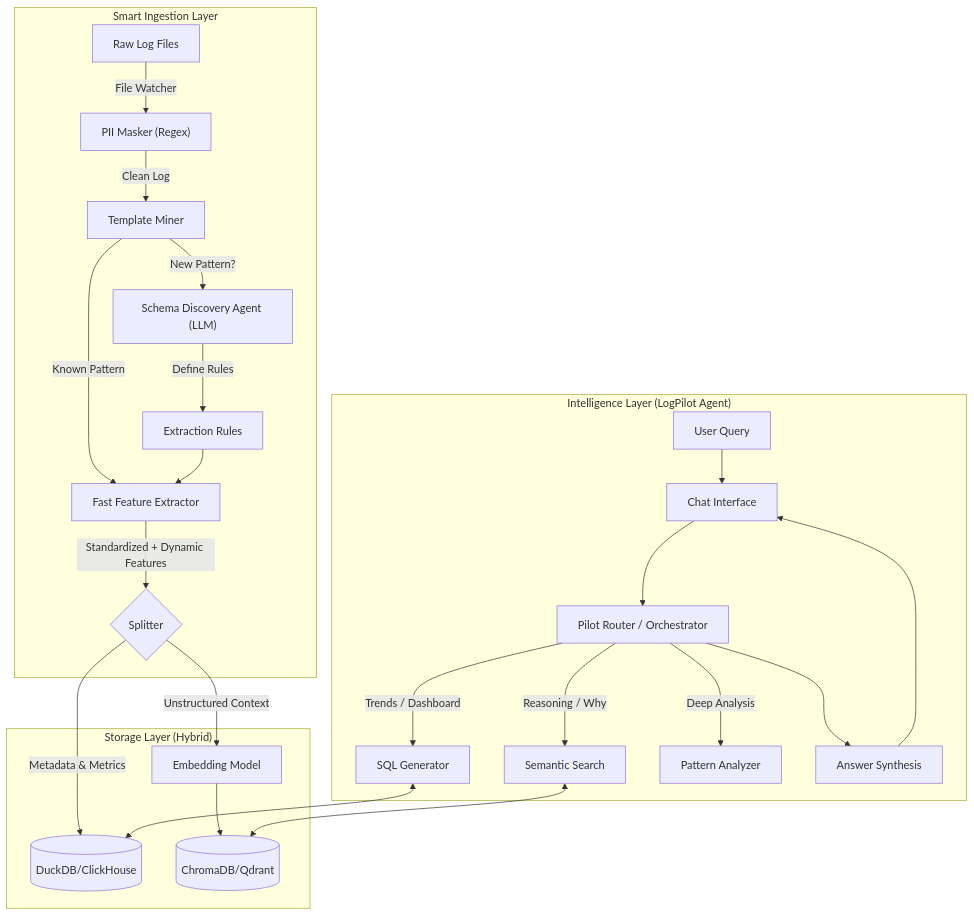
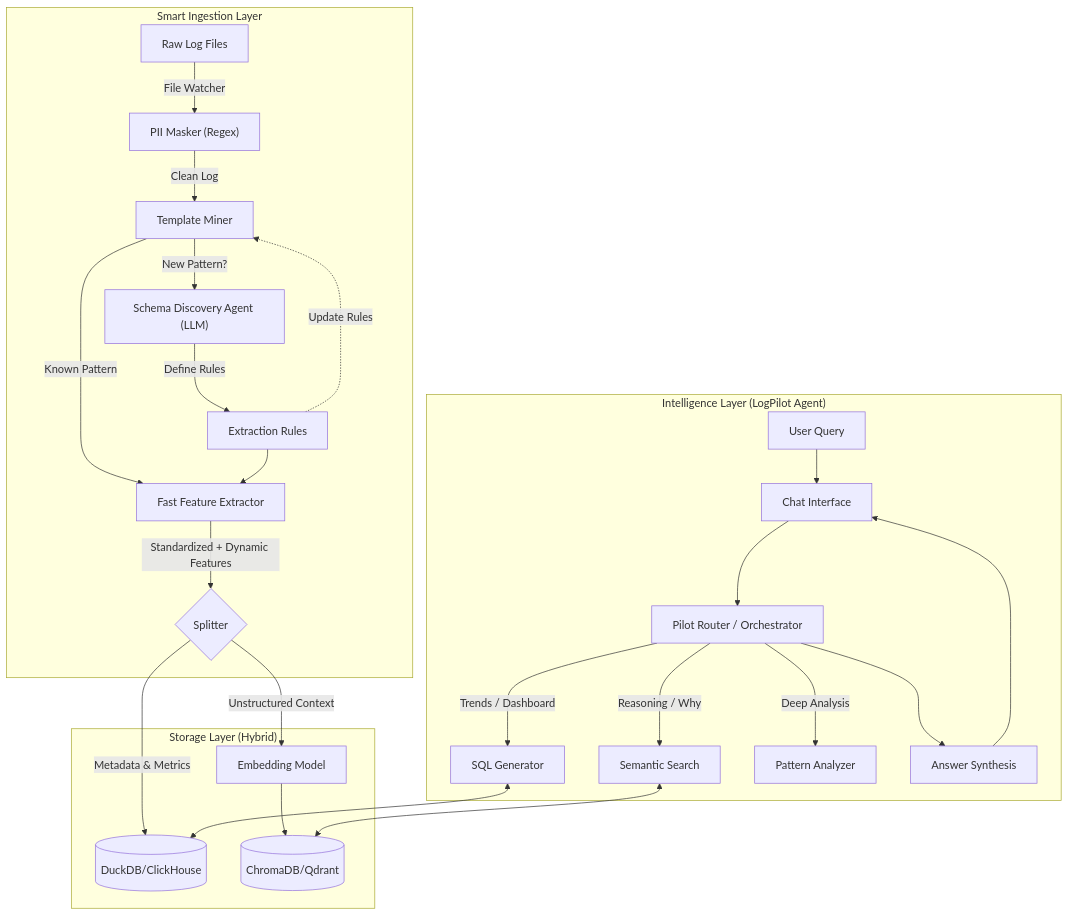
Before and after one commit to Jim-lan/log-pilot: the first of 2 diagrams in docs/architecture.md, drawn with Mermaid. The commit also changed other lines of this file and 2 other files, not shown here.

Commit message:
consolidate design doc with workflow diagram update

````diff
--- a/docs/architecture.md
+++ b/docs/architecture.md
@@ -28,33 +28,38 @@
 ```mermaid
 graph TD
     subgraph "Smart Ingestion Layer"
         RawLogs[Raw Log Files] --> |File Watcher| PIIMasker["PII Masker (Regex)"]
         PIIMasker --> |Clean Log| TemplateMiner[Template Miner]
+        
+        %% Schema Discovery Loop
         TemplateMiner -- "New Pattern?" --> SchemaAgent["Schema Discovery Agent (LLM)"]
         SchemaAgent -- "Define Rules" --> RuleStore[Extraction Rules]
+        RuleStore -.-> |"Update Rules"| TemplateMiner
+        
+        %% Extraction
         TemplateMiner -- "Known Pattern" --> Extractor[Fast Feature Extractor]
         RuleStore --> Extractor
         Extractor --> |"Standardized + Dynamic Features"| Branch{Splitter}
     end
 
     subgraph "Storage Layer (Hybrid)"
         Branch --> |"Metadata & Metrics"| TimeSeriesDB[("DuckDB/ClickHouse")]
         Branch --> |"Unstructured Context"| Vectorizer[Embedding Model]
         Vectorizer --> VectorDB[("ChromaDB/Qdrant")]
     end
 
     subgraph "Intelligence Layer (LogPilot Agent)"
         User[User Query] --> ChatUI[Chat Interface]
         ChatUI --> Router["Pilot Router / Orchestrator"]
         
         Router --> |"Trends / Dashboard"| SQL_Tool[SQL Generator]
         Router --> |"Reasoning / Why"| RAG_Tool[Semantic Search]
         Router --> |"Deep Analysis"| Anomaly_Tool[Pattern Analyzer]
         
         SQL_Tool <--> TimeSeriesDB
         RAG_Tool <--> VectorDB
         
         Router --> Synthesizer[Answer Synthesis]
         Synthesizer --> ChatUI
     end
 ```
````
